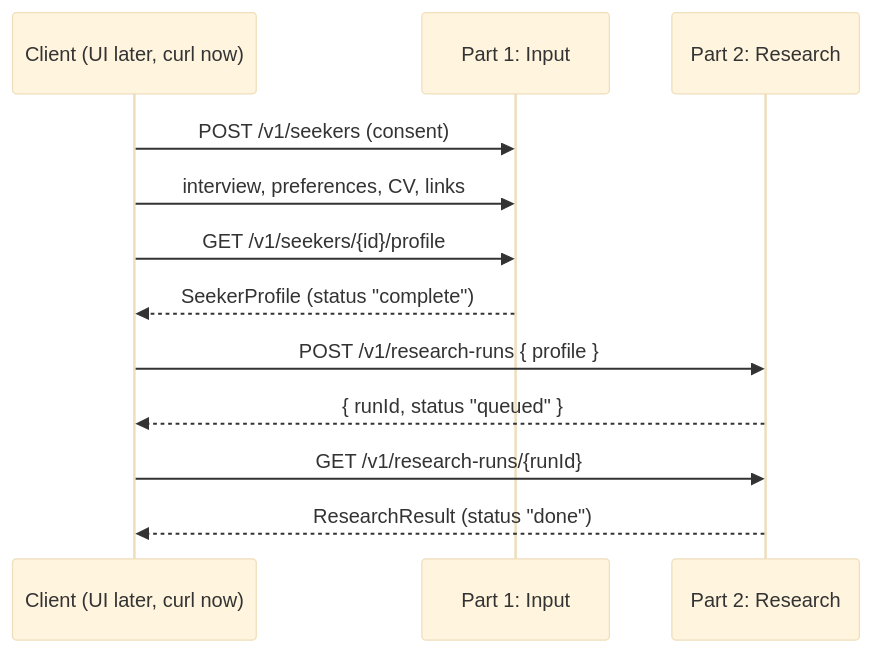
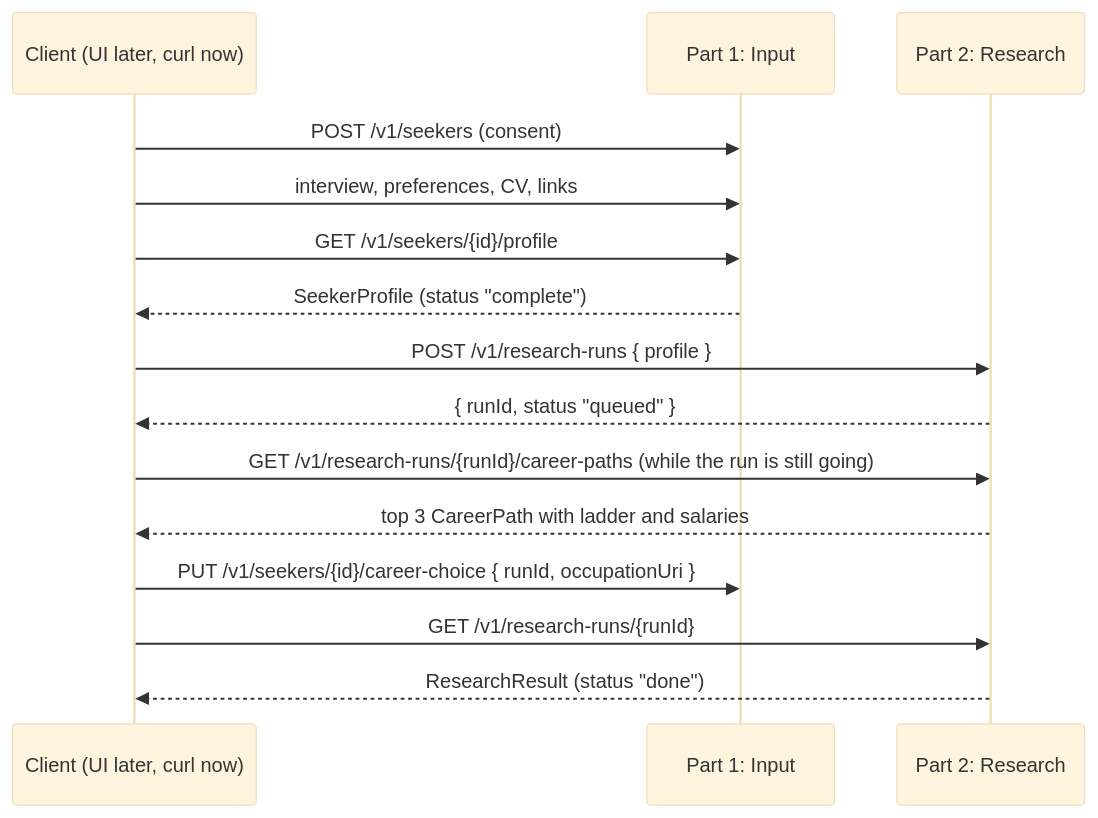
One commit to cufelix/Waymark changed the diagram in API.md. Above: the diagram before and after it, drawn with Mermaid (base theme). The commit also changed other lines of this file and 1 other file, not shown here.

First line of the commit message:
docs: top 3 career paths with ladder and salaries, seeker career choice

````diff
--- a/API.md
+++ b/API.md
@@ -14,14 +14,17 @@
 ```mermaid
 sequenceDiagram
     participant C as Client (UI later, curl now)
     participant P1 as Part 1: Input
     participant P2 as Part 2: Research
     C->>P1: POST /v1/seekers (consent)
     C->>P1: interview, preferences, CV, links
     C->>P1: GET /v1/seekers/{id}/profile
     P1-->>C: SeekerProfile (status "complete")
     C->>P2: POST /v1/research-runs { profile }
     P2-->>C: { runId, status "queued" }
+    C->>P2: GET /v1/research-runs/{runId}/career-paths (while the run is still going)
+    P2-->>C: top 3 CareerPath with ladder and salaries
+    C->>P1: PUT /v1/seekers/{id}/career-choice { runId, occupationUri }
     C->>P2: GET /v1/research-runs/{runId}
     P2-->>C: ResearchResult (status "done")
 ```
````
